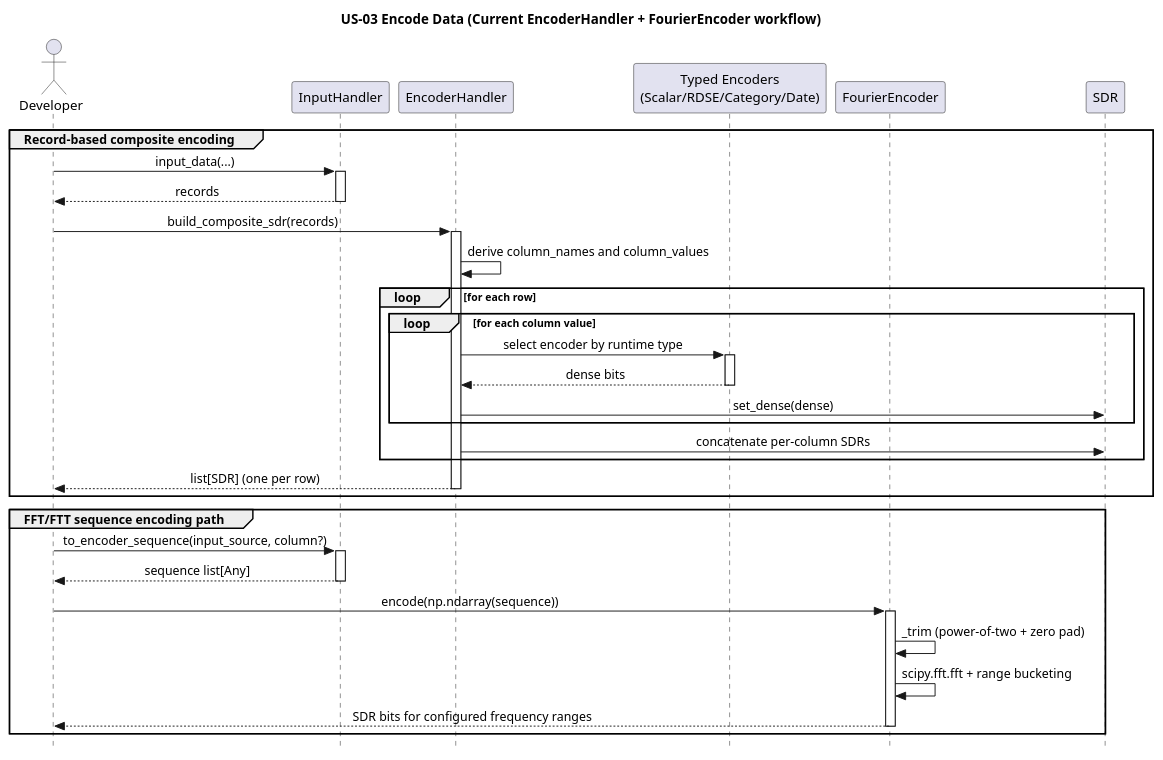
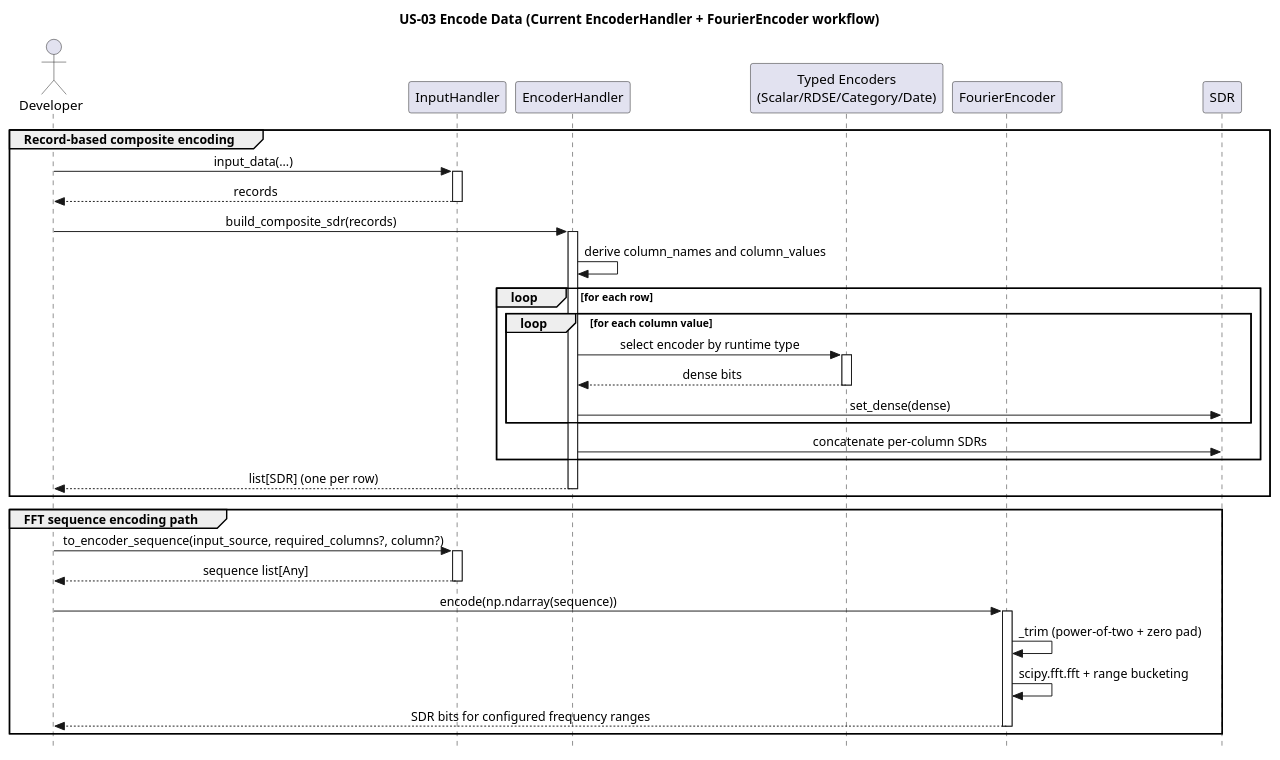
One commit to egrembocki/htmrl changed the diagram in docs/puml/US/us-03.puml. Above: the diagram before and after it, drawn with PlantUML. The commit also changed 4 other files, not shown here.

Commit message:
Update US sequence diagrams for current InputHandler flow

```diff
--- a/docs/puml/US/us-03.puml
+++ b/docs/puml/US/us-03.puml
@@ -1,52 +1,52 @@
 @startuml
 skinparam style strictuml
 skinparam sequenceMessageAlign center
 skinparam responseMessageBelowArrow true
 title US-03 Encode Data (Current EncoderHandler + FourierEncoder workflow)
 
 actor Developer
 participant "InputHandler" as IH
 participant "EncoderHandler" as EH
 participant "Typed Encoders\n(Scalar/RDSE/Category/Date)" as ENC
 participant "FourierEncoder" as FFT
 participant "SDR" as SDR
 
 group Record-based composite encoding
   Developer -> IH: input_data(...)
   activate IH
   IH --> Developer: records
   deactivate IH
 
   Developer -> EH: build_composite_sdr(records)
   activate EH
   EH -> EH: derive column_names and column_values
 
   loop for each row
     loop for each column value
       EH -> ENC: select encoder by runtime type
       activate ENC
       ENC --> EH: dense bits
       deactivate ENC
       EH -> SDR: set_dense(dense)
     end
     EH -> SDR: concatenate per-column SDRs
   end
 
   EH --> Developer: list[SDR] (one per row)
   deactivate EH
 end
 
-group FFT/FTT sequence encoding path
-  Developer -> IH: to_encoder_sequence(input_source, column?)
+group FFT sequence encoding path
+  Developer -> IH: to_encoder_sequence(input_source, required_columns?, column?)
   activate IH
   IH --> Developer: sequence list[Any]
   deactivate IH
 
   Developer -> FFT: encode(np.ndarray(sequence))
   activate FFT
   FFT -> FFT: _trim (power-of-two + zero pad)
   FFT -> FFT: scipy.fft.fft + range bucketing
   FFT --> Developer: SDR bits for configured frequency ranges
   deactivate FFT
 end
 @enduml
```
